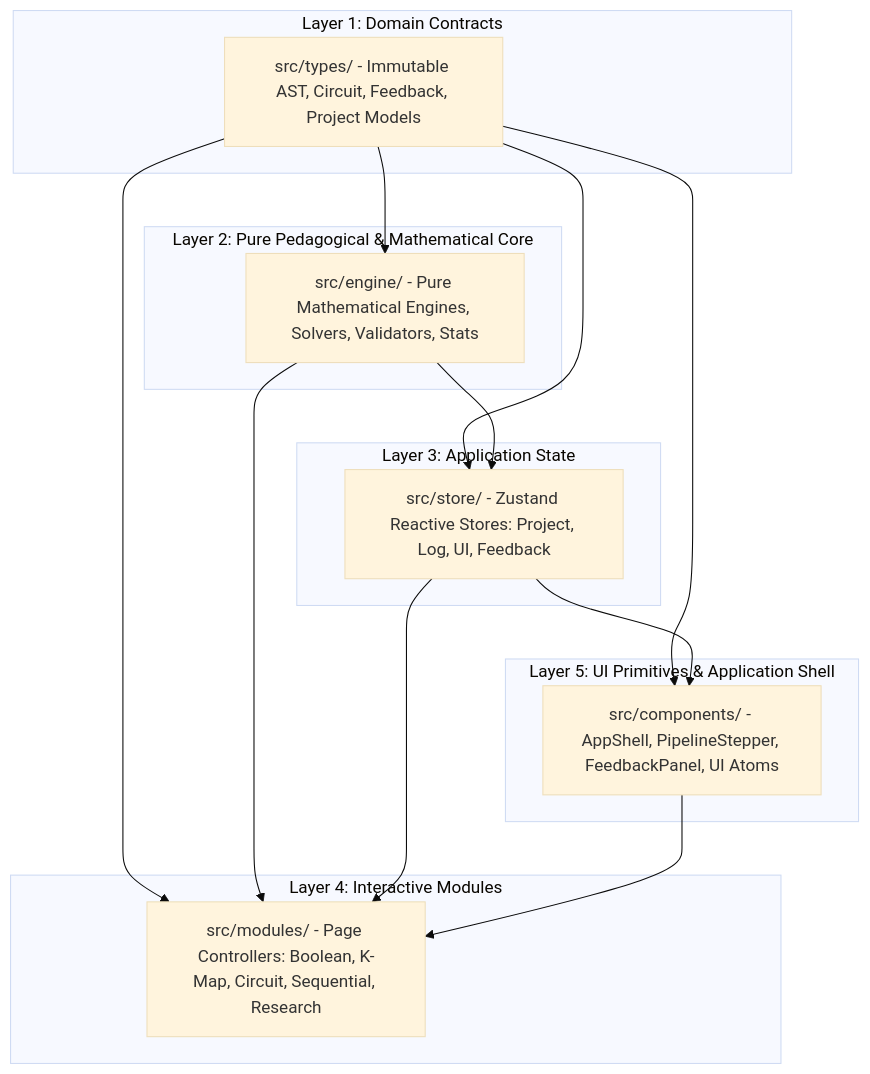
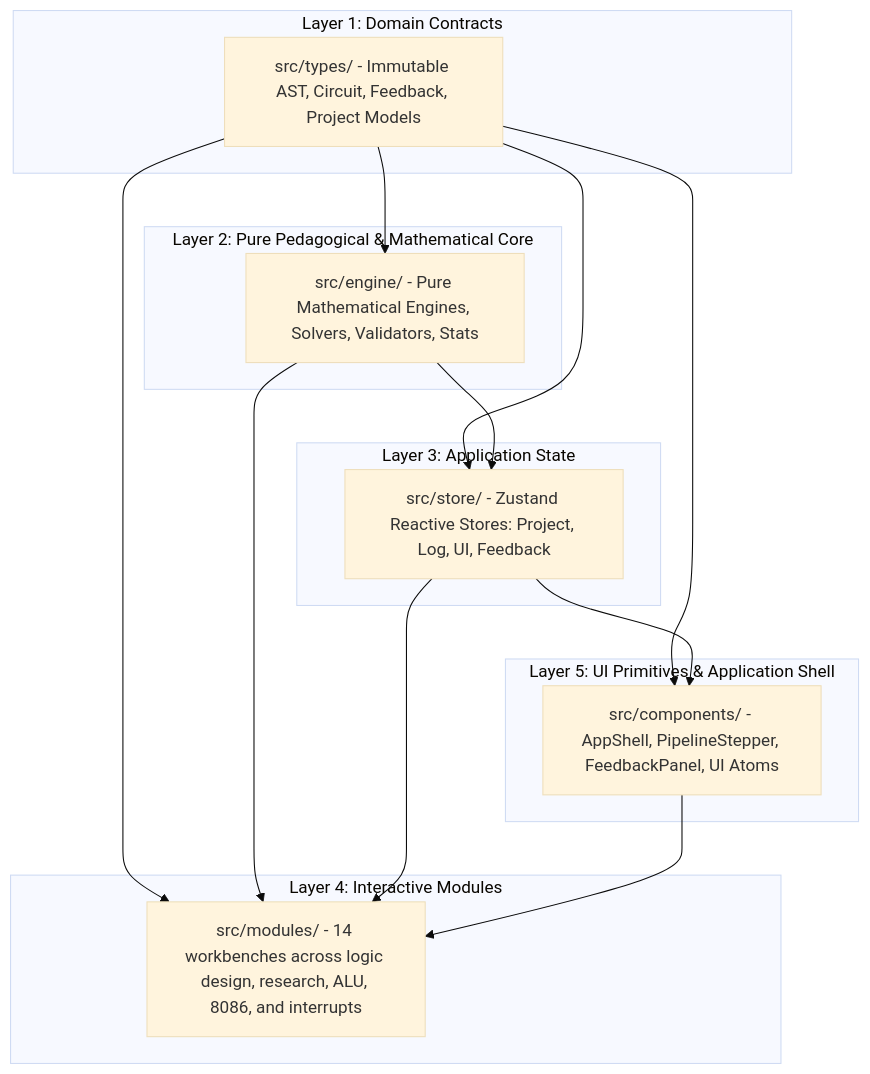
The first of 3 diagrams in docs/architecture.md (Radhika-Sabale/DEAM_CP), drawn with Mermaid (base theme) before and after one commit. The commit also changed other lines of this file and 14 other files, not shown here.

````diff
--- a/docs/architecture.md
+++ b/docs/architecture.md
@@ -20,32 +20,32 @@
 ```mermaid
 graph TD
     subgraph Layer 1: Domain Contracts
         Types[src/types/ - Immutable AST, Circuit, Feedback, Project Models]
     end
 
     subgraph Layer 2: Pure Pedagogical & Mathematical Core
         Engine[src/engine/ - Pure Mathematical Engines, Solvers, Validators, Stats]
     end
 
     subgraph Layer 3: Application State
         Stores[src/store/ - Zustand Reactive Stores: Project, Log, UI, Feedback]
     end
 
     subgraph Layer 4: Interactive Modules
-        Modules[src/modules/ - Page Controllers: Boolean, K-Map, Circuit, Sequential, Research]
+        Modules[src/modules/ - 14 workbenches across logic design, research, ALU, 8086, and interrupts]
     end
 
     subgraph Layer 5: UI Primitives & Application Shell
         Components[src/components/ - AppShell, PipelineStepper, FeedbackPanel, UI Atoms]
     end
 
     Types --> Engine
     Types --> Stores
     Types --> Modules
     Types --> Components
     Engine --> Stores
     Engine --> Modules
     Stores --> Modules
     Stores --> Components
     Components --> Modules
 ```
````
